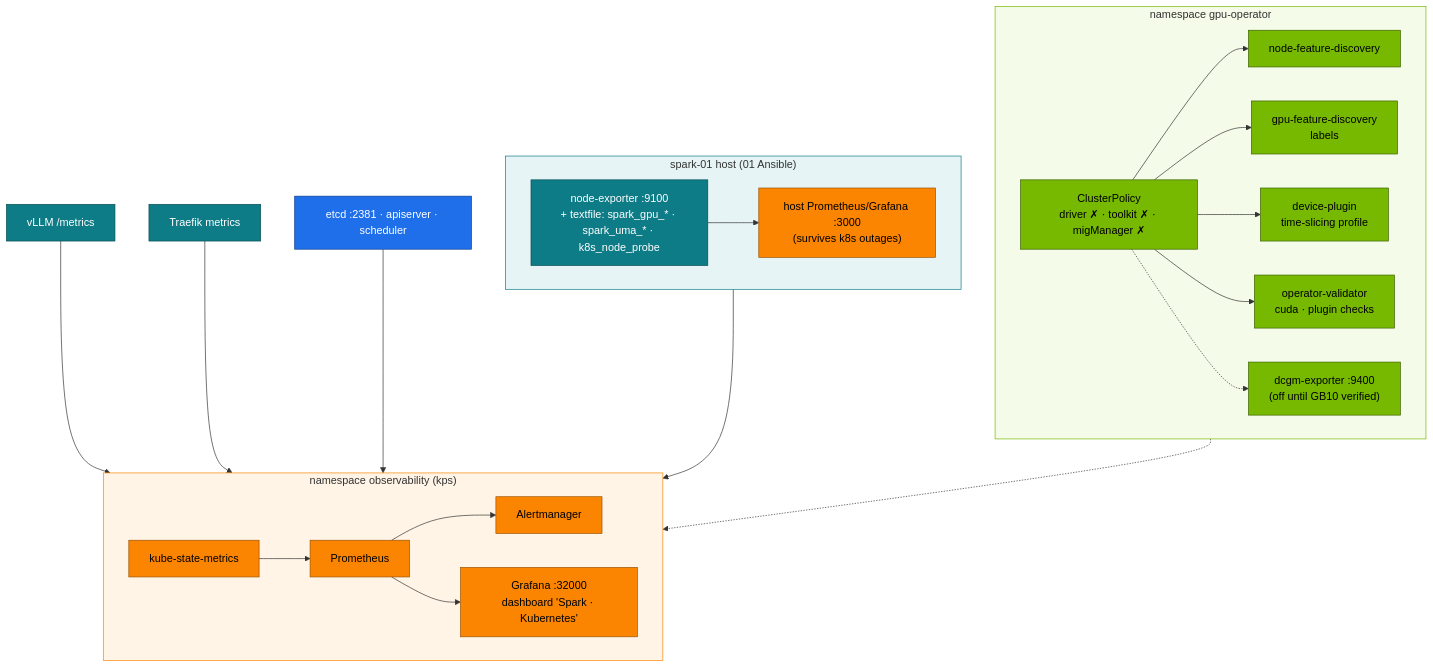
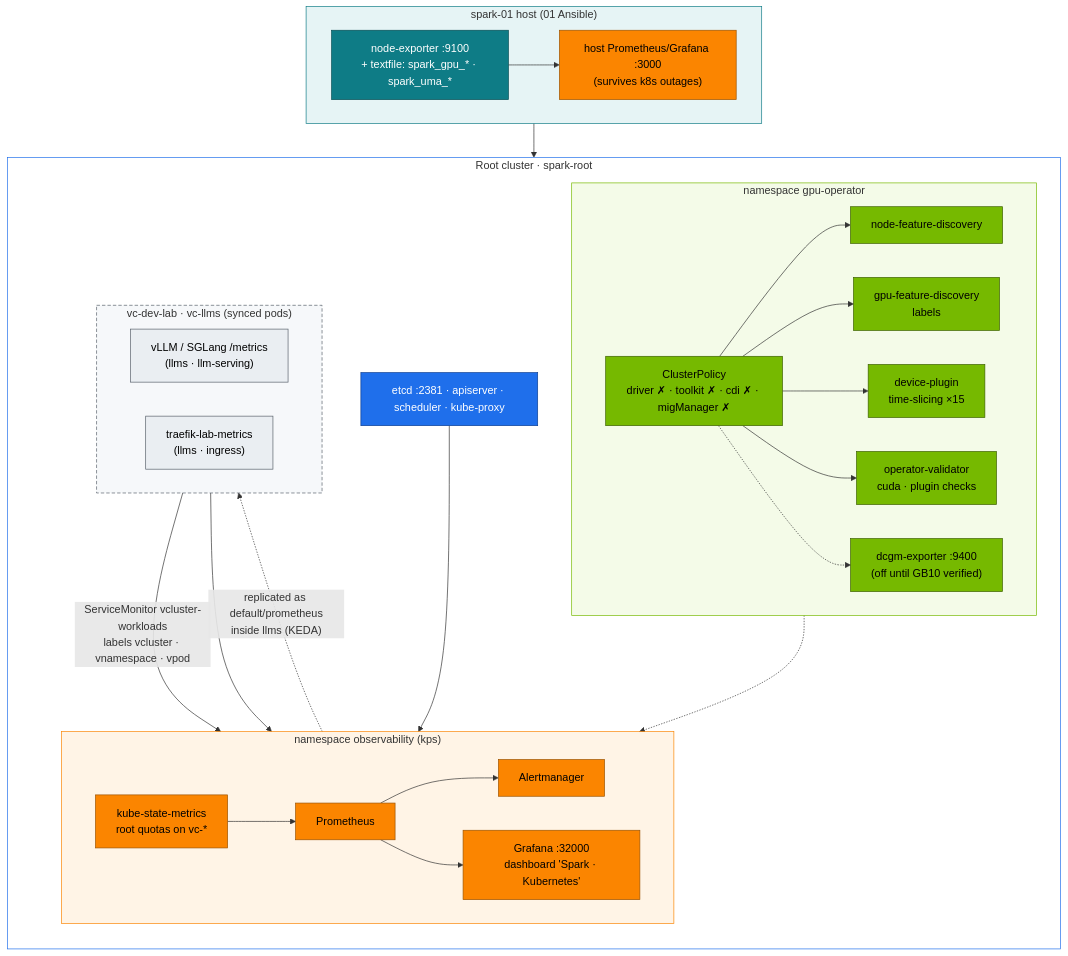
One commit to cloudone365/technical-depth changed the diagram in 02 Kubernetes/16-nvidia-gpu-operator-and-network-operator.md. Above: the diagram before and after it, drawn with Mermaid. The commit also changed other lines of this file and 53 other files, not shown here.

First line of the commit message:
Rewrite 01 Ansible and 02 Kubernetes volumes for the kubeadm root + two vClusters

````diff
--- a/02 Kubernetes/16-nvidia-gpu-operator-and-network-operator.md
+++ b/02 Kubernetes/16-nvidia-gpu-operator-and-network-operator.md
@@ -29,39 +32,53 @@
 ```mermaid
 flowchart TB
-  subgraph GOP["namespace gpu-operator"]
-    direction LR
-    CP["ClusterPolicy<br/>driver ✗ · toolkit ✗ · migManager ✗"] --> NFD["node-feature-discovery"]
-    CP --> GFD["gpu-feature-discovery<br/>labels"]
-    CP --> DP["device-plugin<br/>time-slicing profile"]
-    CP --> VAL["operator-validator<br/>cuda · plugin checks"]
-    CP -.-> DCGMX["dcgm-exporter :9400<br/>(off until GB10 verified)"]
+  subgraph ROOT["Root cluster · spark-root"]
+    direction TB
+    subgraph GOP["namespace gpu-operator"]
+      direction LR
+      CP["ClusterPolicy<br/>driver ✗ · toolkit ✗ · cdi ✗ · migManager ✗"] --> NFD["node-feature-discovery"]
+      CP --> GFD["gpu-feature-discovery<br/>labels"]
+      CP --> DP["device-plugin<br/>time-slicing ×15"]
+      CP --> VAL["operator-validator<br/>cuda · plugin checks"]
+      CP -.-> DCGMX["dcgm-exporter :9400<br/>(off until GB10 verified)"]
+    end
+    subgraph OBS["namespace observability (kps)"]
+      direction LR
+      PR["Prometheus"] --> AM["Alertmanager"]
+      PR --> GR["Grafana :32000<br/>dashboard 'Spark · Kubernetes'"]
+      KSM["kube-state-metrics<br/>root quotas on vc-*"] --> PR
+    end
+    ETC["etcd :2381 · apiserver · scheduler · kube-proxy"]
+    subgraph VCS["vc-dev-lab · vc-llms (synced pods)"]
+      direction LR
+      VLLM["vLLM / SGLang /metrics<br/>(llms · llm-serving)"]
+      TRF["traefik-lab-metrics<br/>(llms · ingress)"]
+    end
   end
   subgraph HOST["spark-01 host (01 Ansible)"]
     direction LR
-    NE["node-exporter :9100<br/>+ textfile: spark_gpu_* · spark_uma_* · k8s_node_probe"]
+    NE["node-exporter :9100<br/>+ textfile: spark_gpu_* · spark_uma_*"]
     HP["host Prometheus/Grafana :3000<br/>(survives k8s outages)"]
-  end
-  subgraph OBS["namespace observability (kps)"]
-    direction LR
-    PR["Prometheus"] --> AM["Alertmanager"]
-    PR --> GR["Grafana :32000<br/>dashboard 'Spark · Kubernetes'"]
-    KSM["kube-state-metrics"] --> PR
   end
   NE --> PR
   NE --> HP
   DCGMX -.-> PR
-  VLLM["vLLM /metrics"] --> PR
-  TRF["Traefik metrics"] --> PR
-  ETC["etcd :2381 · apiserver · scheduler"] --> PR
+  VLLM -- "ServiceMonitor vcluster-workloads<br/>labels vcluster · vnamespace · vpod" --> PR
+  TRF --> PR
+  ETC --> PR
+  PR -. "replicated as default/prometheus<br/>inside llms (KEDA)" .-> VLLM
   classDef gpu fill:#76b900,stroke:#3d6000,color:#000
   classDef obs fill:#fb8500,stroke:#9a5200,color:#000
   classDef ctrl fill:#1f6feb,stroke:#0b3d91,color:#fff
-  classDef node fill:#0e7c86,stroke:#064e54,color:#fff
+  classDef host fill:#0e7c86,stroke:#064e54,color:#fff
+  classDef tenant fill:#eaeef2,stroke:#57606a,color:#000
   class CP,NFD,GFD,DP,VAL,DCGMX gpu
   class PR,AM,GR,KSM,HP obs
   class ETC ctrl
-  class NE,VLLM,TRF node
+  class NE host
+  class VLLM,TRF tenant
+  style ROOT fill:#ffffff,stroke:#1f6feb
   style GOP fill:#f4fbe8,stroke:#76b900
+  style OBS fill:#fff4e6,stroke:#fb8500
+  style VCS fill:#f6f8fa,stroke:#57606a,stroke-dasharray:5 3
   style HOST fill:#e6f4f5,stroke:#0e7c86
-  style OBS fill:#fff4e6,stroke:#fb8500
 ```
````
